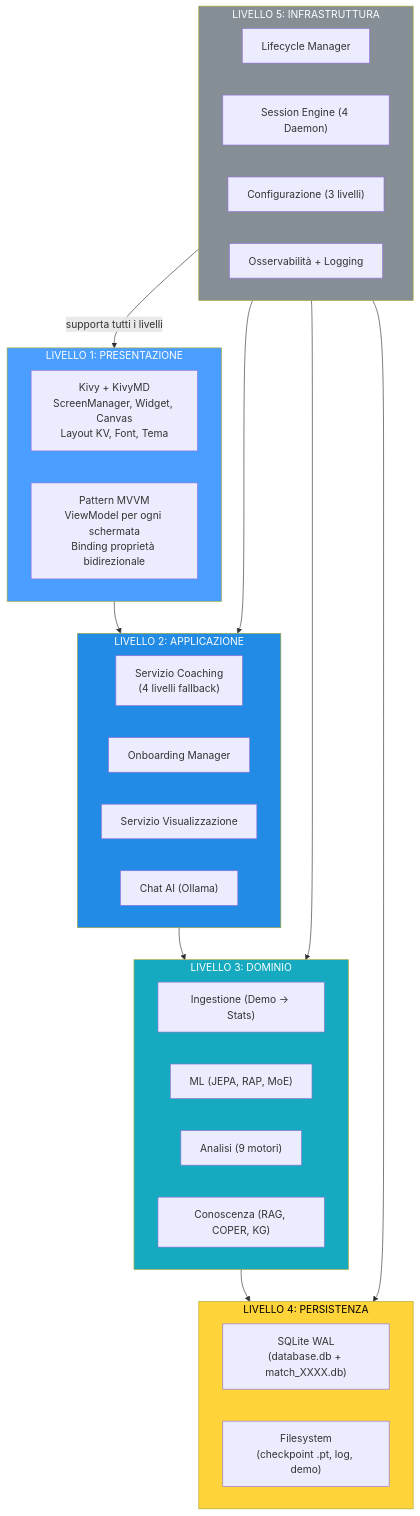
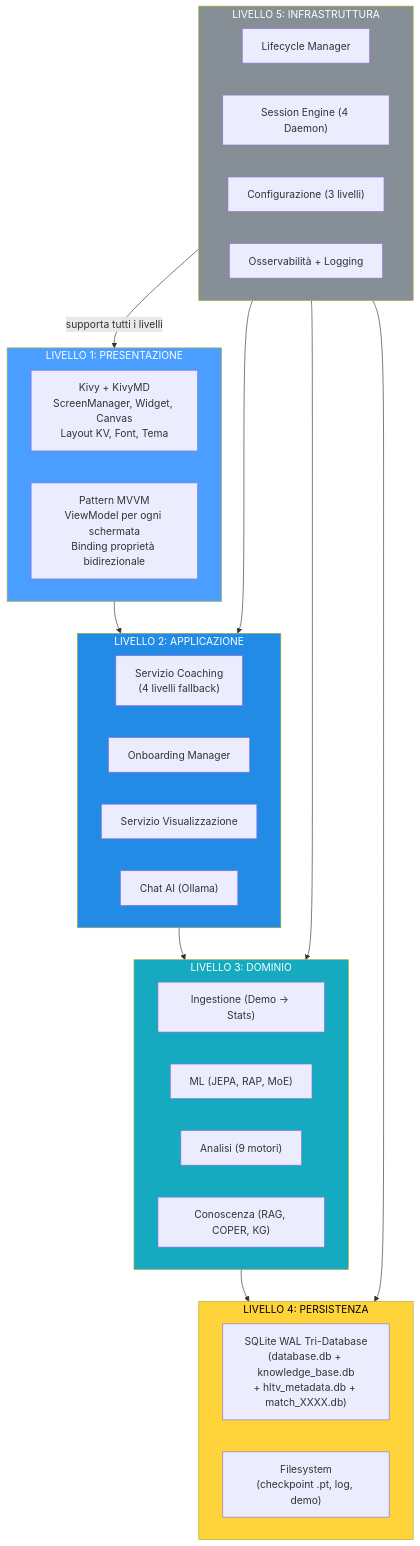
Diagram 28 of 30 in docs/AI-cs2-coach-part3.md (renanaugustomacena-ux/Counter-Strike-coach-AI), drawn with Mermaid before and after one commit. The commit also changed other lines of this file and 158 other files, not shown here.

````diff
--- a/docs/AI-cs2-coach-part3.md
+++ b/docs/AI-cs2-coach-part3.md
@@ -997,43 +1077,43 @@
 ```mermaid
 flowchart TB
     subgraph L1["LIVELLO 1: PRESENTAZIONE"]
         KIVY["Kivy + KivyMD<br/>ScreenManager, Widget, Canvas<br/>Layout KV, Font, Tema"]
         MVVM["Pattern MVVM<br/>ViewModel per ogni schermata<br/>Binding proprietà bidirezionale"]
     end
     subgraph L2["LIVELLO 2: APPLICAZIONE"]
         COACHING["Servizio Coaching<br/>(4 livelli fallback)"]
         ONBOARD["Onboarding Manager"]
         VIS["Servizio Visualizzazione"]
         CHAT["Chat AI (Ollama)"]
     end
     subgraph L3["LIVELLO 3: DOMINIO"]
         INGEST["Ingestione (Demo → Stats)"]
         ML["ML (JEPA, RAP, MoE)"]
         ANALYSIS["Analisi (9 motori)"]
         KNOWLEDGE["Conoscenza (RAG, COPER, KG)"]
     end
     subgraph L4["LIVELLO 4: PERSISTENZA"]
-        SQLITE["SQLite WAL<br/>(database.db + match_XXXX.db)"]
+        SQLITE["SQLite WAL Tri-Database<br/>(database.db + knowledge_base.db<br/>+ hltv_metadata.db + match_XXXX.db)"]
         FILES["Filesystem<br/>(checkpoint .pt, log, demo)"]
     end
     subgraph L5["LIVELLO 5: INFRASTRUTTURA"]
         LIFECYCLE["Lifecycle Manager"]
         SESSION["Session Engine (4 Daemon)"]
         CONFIG["Configurazione (3 livelli)"]
         LOGGING["Osservabilità + Logging"]
     end
 
     L1 --> L2
     L2 --> L3
     L3 --> L4
     L5 -->|"supporta tutti i livelli"| L1
     L5 --> L2
     L5 --> L3
     L5 --> L4
 
     style L1 fill:#4a9eff,color:#fff
     style L2 fill:#228be6,color:#fff
     style L3 fill:#15aabf,color:#fff
     style L4 fill:#ffd43b,color:#000
     style L5 fill:#868e96,color:#fff
 ```
````
